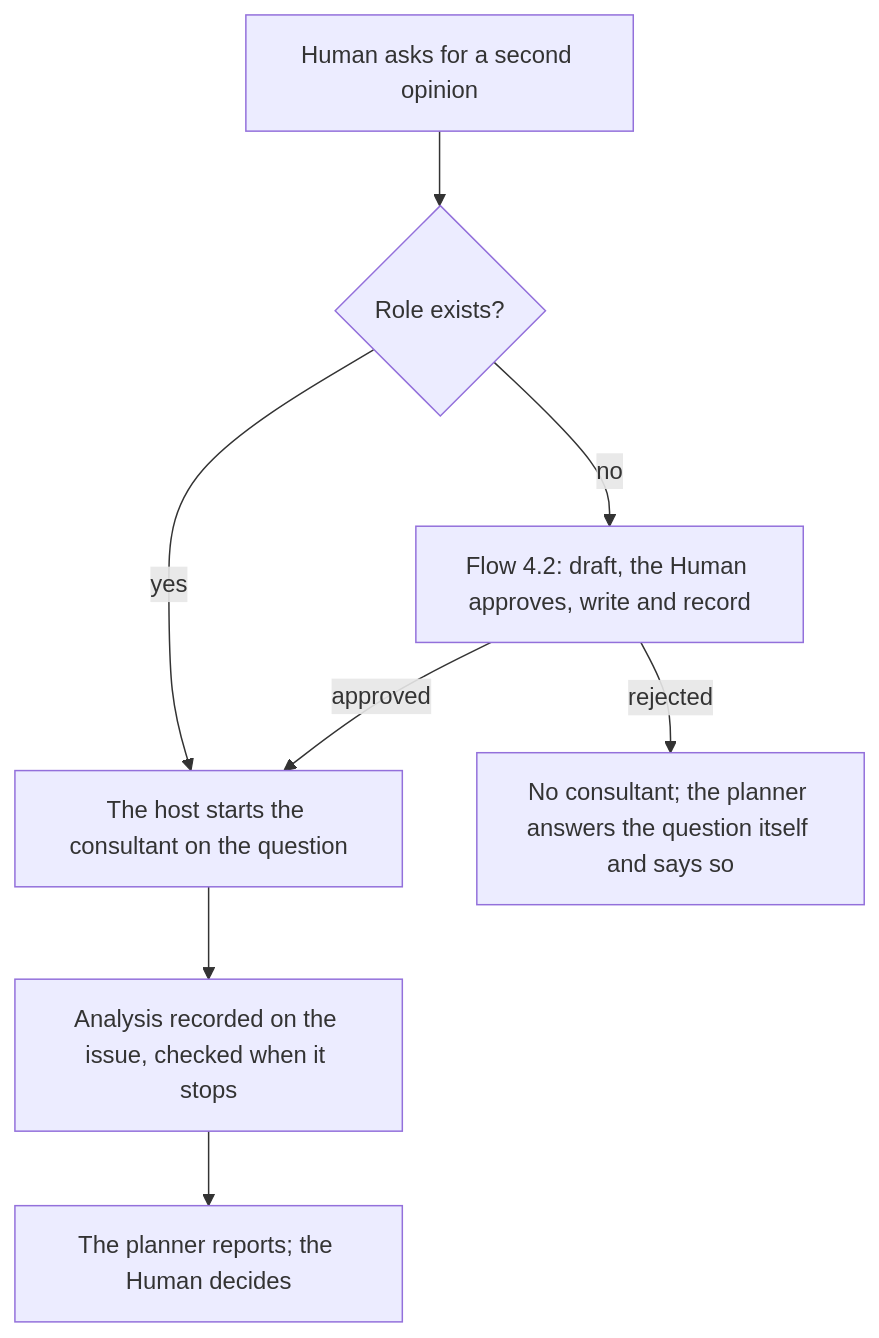
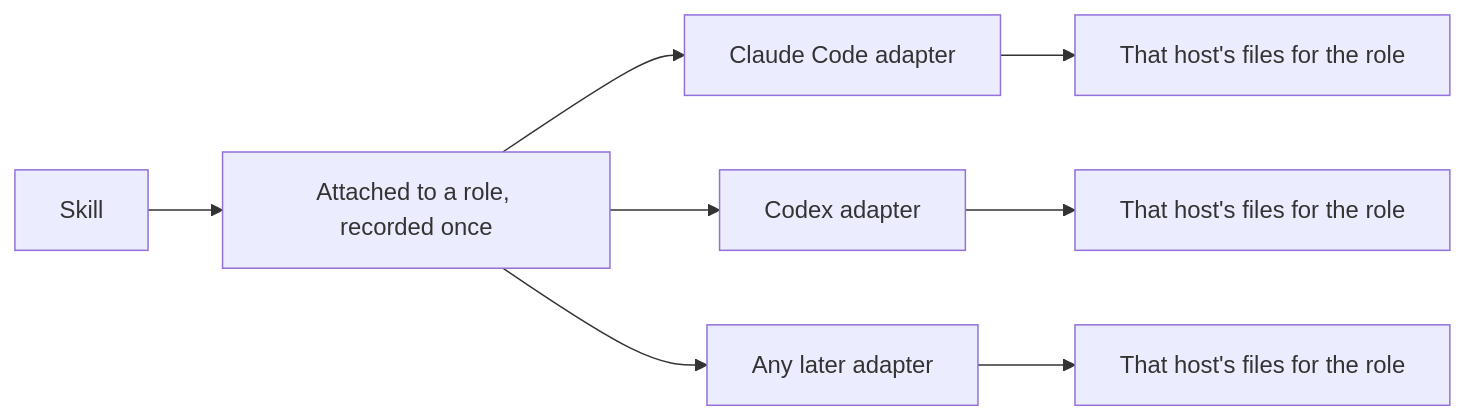
One commit to trustmybot/tmb changed the sixth of 6 diagrams in docs/architecture/EXTENDING.md. Above: the diagram before and after it, drawn with Mermaid. The commit also changed other lines of this file and 18 other files, not shown here.

````diff
--- a/docs/architecture/EXTENDING.md
+++ b/docs/architecture/EXTENDING.md
@@ -93,10 +198,10 @@
 ```mermaid
-flowchart TD
-    A[Human asks for a second opinion] --> C{Role exists?}
-    C -- yes --> S[The host starts the consultant on the question]
-    C -- no --> F["Flow 4.2: draft, the Human approves, write and record"]
-    F -- approved --> S
-    F -- rejected --> Z["No consultant; the planner answers the question itself and says so"]
-    S --> R["Analysis recorded on the issue, checked when it stops"]
-    R --> B["The planner reports; the Human decides"]
+flowchart LR
+    S[Skill] --> R[Attached to a role, recorded once]
+    R --> A1[Claude Code adapter]
+    R --> A2[Codex adapter]
+    R --> A3[Any later adapter]
+    A1 --> H1["That host's files for the role"]
+    A2 --> H2["That host's files for the role"]
+    A3 --> H3["That host's files for the role"]
 ```
````
